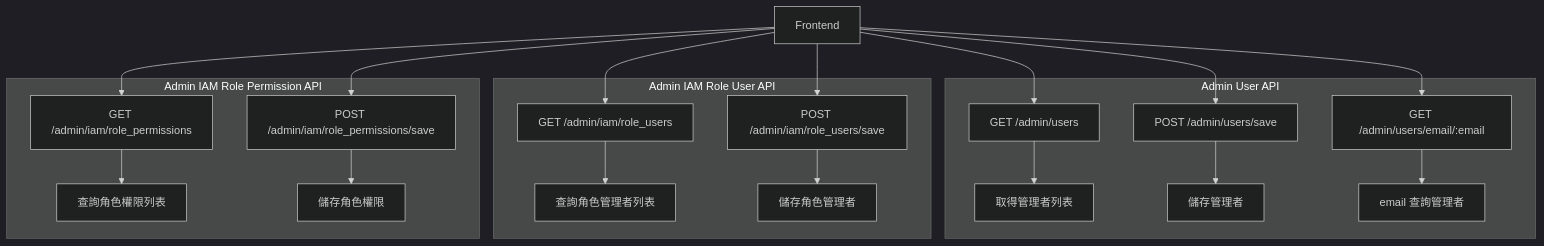
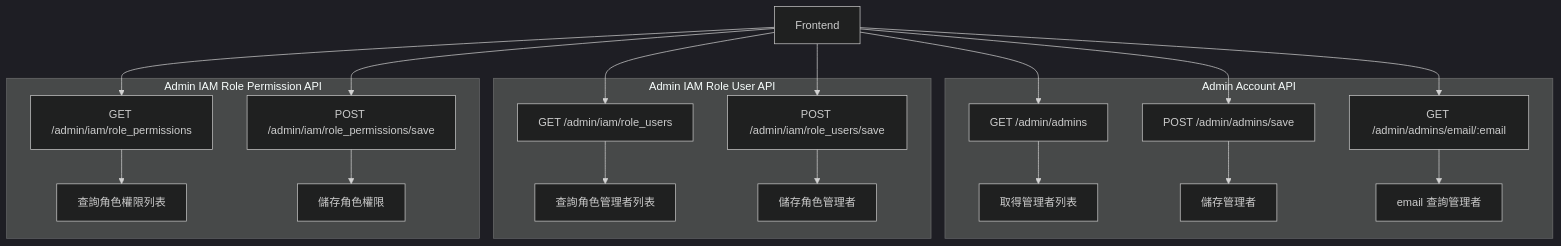
Before and after one commit to harry-tsai/notebook: the first of 3 diagrams in api/design/permission_management/README.md, drawn with Mermaid (dark theme). The commit also changed other lines of this file, not shown here.

Commit message:
更新 API 文檔，將管理者相關的 API 路徑從 "/admin/users" 更改為 "/admin/admins"

````diff
--- a/api/design/permission_management/README.md
+++ b/api/design/permission_management/README.md
@@ -9,29 +9,29 @@
 ```mermaid
 graph TD
     A[Frontend]
-    subgraph Admin User API
-        BA[GET /admin/users] --> BB[取得管理者列表]
-        BC[POST /admin/users/save] --> BD[儲存管理者]
-        BE[GET /admin/users/email/:email] --> BF[email 查詢管理者]
+    subgraph Admin Account API
+        BA[GET /admin/admins] --> BB[取得管理者列表]
+        BC[POST /admin/admins/save] --> BD[儲存管理者]
+        BE[GET /admin/admins/email/:email] --> BF[email 查詢管理者]
     end
 
     A --> BA
     A --> BC
     A --> BE
 
     subgraph Admin IAM Role User API
         CA[GET /admin/iam/role_users] --> CB[查詢角色管理者列表]
         CC[POST /admin/iam/role_users/save] --> CD[儲存角色管理者]
     end
 
     A --> CA
     A --> CC
 
     subgraph Admin IAM Role Permission API
         DA[GET /admin/iam/role_permissions] --> DB[查詢角色權限列表]
         DC[POST /admin/iam/role_permissions/save] --> DD[儲存角色權限]
     end
 
     A --> DA
     A --> DC
 ```
````
